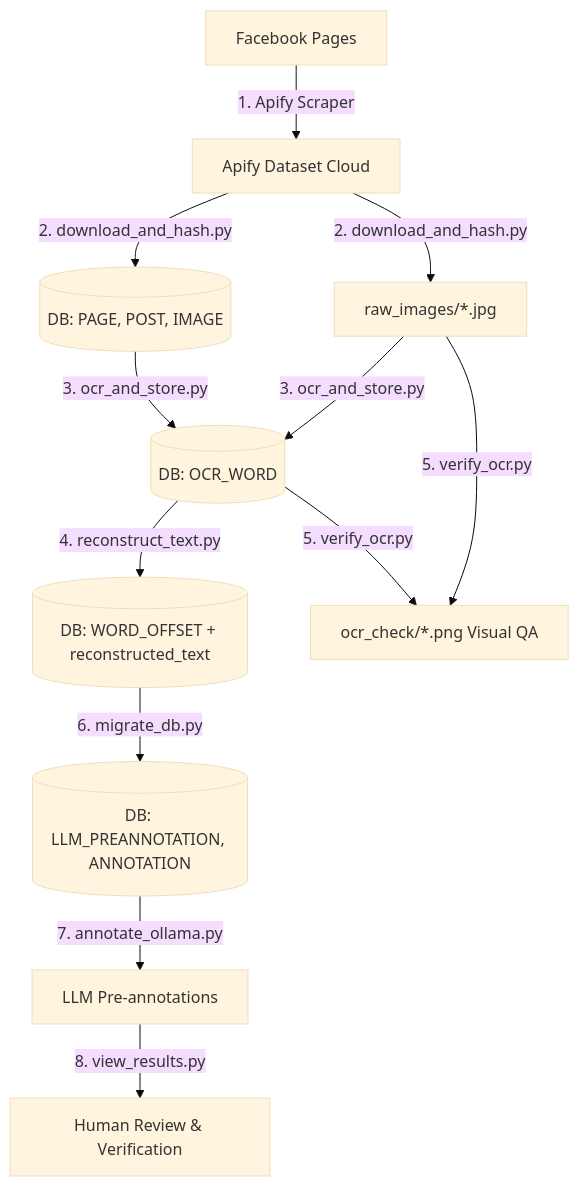
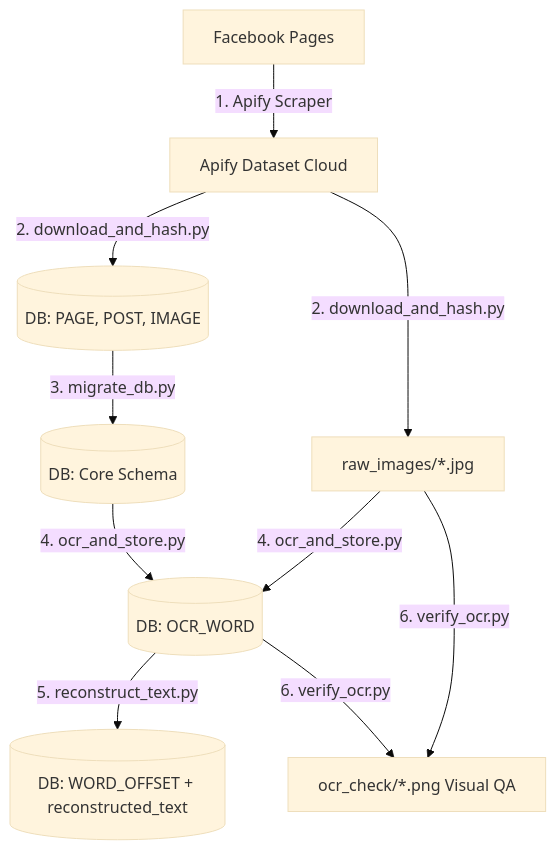
Before and after one commit to AbMehedi/meme_propaganda_dataset: the first of 2 diagrams in readme.md, drawn with Mermaid (base theme). The commit also changed other lines of this file and 24 other files, not shown here.

Commit message:
Refactor: remove annotation pipeline, UI, notebooks and streamline to data collection, DB, and OCR

````diff
--- a/readme.md
+++ b/readme.md
@@ -34,12 +31,10 @@
 ```mermaid
 flowchart TD
     A[Facebook Pages] -->|1. Apify Scraper| B[Apify Dataset Cloud]
     B -->|2. download_and_hash.py| C[(DB: PAGE, POST, IMAGE)]
     B -->|2. download_and_hash.py| D[raw_images/*.jpg]
-    C & D -->|3. ocr_and_store.py| E[(DB: OCR_WORD)]
-    E -->|4. reconstruct_text.py| F[(DB: WORD_OFFSET + reconstructed_text)]
-    E & D -->|5. verify_ocr.py| G[ocr_check/*.png Visual QA]
-    F -->|6. migrate_db.py| H[(DB: LLM_PREANNOTATION, ANNOTATION)]
-    H -->|7. annotate_ollama.py| I[LLM Pre-annotations]
-    I -->|8. view_results.py| J[Human Review & Verification]
+    C -->|3. migrate_db.py| E[(DB: Core Schema)]
+    D & E -->|4. ocr_and_store.py| F[(DB: OCR_WORD)]
+    F -->|5. reconstruct_text.py| G[(DB: WORD_OFFSET + reconstructed_text)]
+    D & F -->|6. verify_ocr.py| H[ocr_check/*.png Visual QA]
 ```
````
